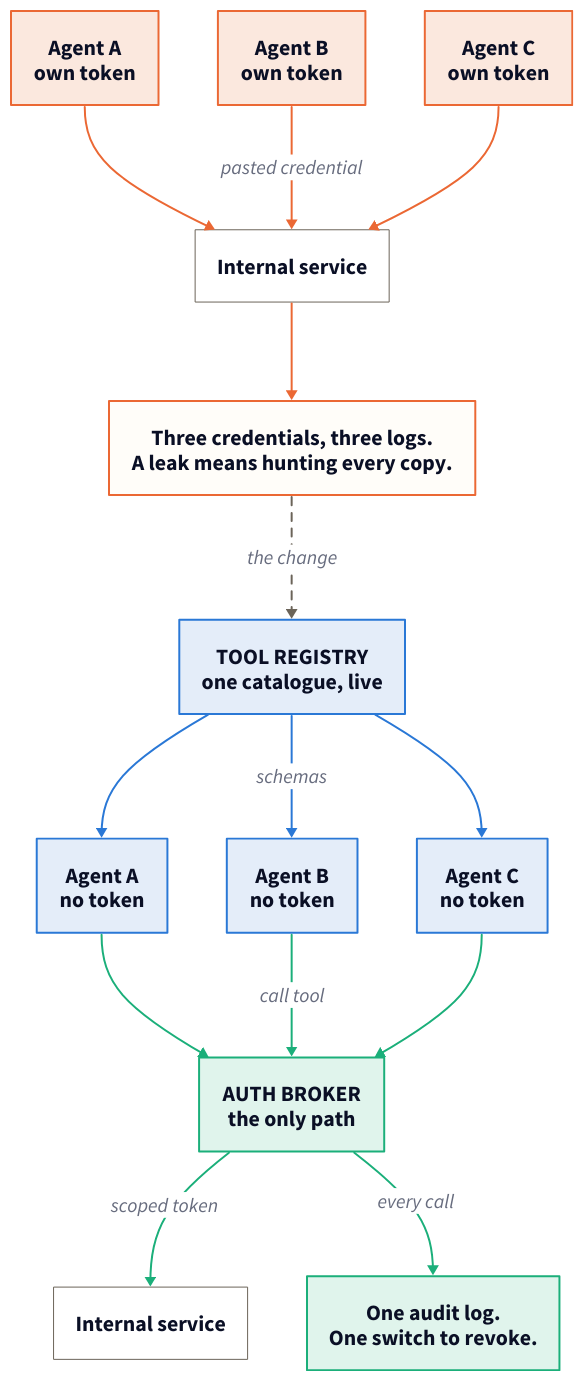
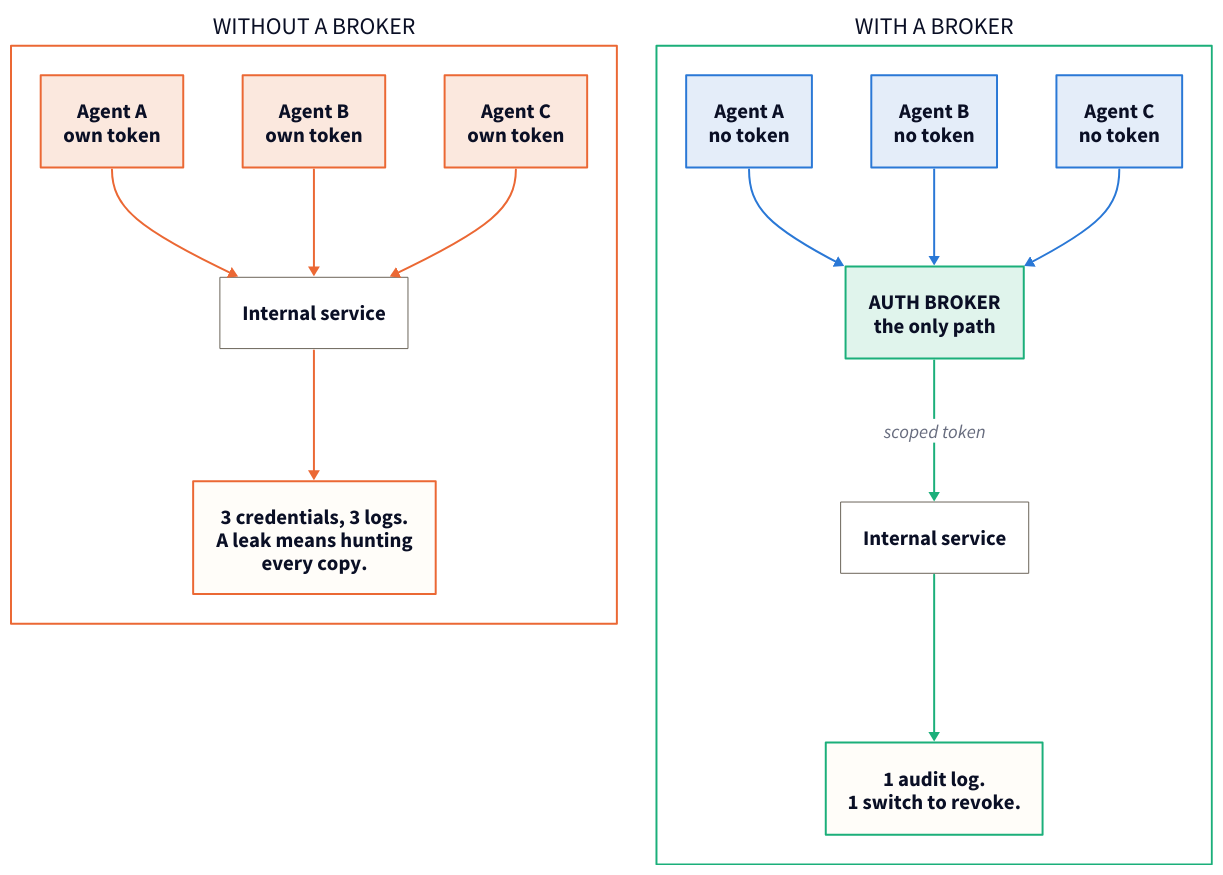
Before and after one commit to ong6/junxiong-notes: the first of 2 diagrams in content/articles/agent-integrations-in-large-orgs.md, drawn with D2. The commit also changed other lines of this file and 42 other files, not shown here.

First line of the commit message:
Size figures properly: break out of the text column, fix diagram proportions

````diff
--- a/content/articles/agent-integrations-in-large-orgs.md
+++ b/content/articles/agent-integrations-in-large-orgs.md
@@ -30,66 +30,33 @@
-```d2 What changes is the number of paths. Above, each agent carries its own credential and reaches the service directly, so there is no place to look and nothing single to switch off. Below, the broker is the only route, which is what makes one audit log and one revocation point possible.
+```d2 What changes is the number of paths. Above, each agent carries its own credential and reaches the service directly, so there is nowhere to look and nothing single to switch off. Below, the broker is the only route, which is what makes one audit log and one revocation point possible.
 direction: down
 
-a1: Agent A\nown token {
-  style: { fill: "#fbe8de"; stroke: "#eb6834"; stroke-width: 2; font-size: 22 }
-}
-a2: Agent B\nown token {
-  style: { fill: "#fbe8de"; stroke: "#eb6834"; stroke-width: 2; font-size: 22 }
-}
-a3: Agent C\nown token {
-  style: { fill: "#fbe8de"; stroke: "#eb6834"; stroke-width: 2; font-size: 22 }
+before: WITHOUT A BROKER {
+  style: { fill: transparent; stroke: "#eb6834"; stroke-width: 2; font-size: 24 }
+  direction: right
+  a1: Agent A\nown token { style: { fill: "#fbe8de"; stroke: "#eb6834"; stroke-width: 2; font-size: 21 } }
+  a2: Agent B\nown token { style: { fill: "#fbe8de"; stroke: "#eb6834"; stroke-width: 2; font-size: 21 } }
+  a3: Agent C\nown token { style: { fill: "#fbe8de"; stroke: "#eb6834"; stroke-width: 2; font-size: 21 } }
+  svc: Internal service { style: { fill: transparent; stroke: "#6b6459"; stroke-width: 1; font-size: 21 } }
+  out: 3 credentials, 3 logs.\nA leak means hunting\nevery copy. { style: { fill: "#fffdf9"; stroke: "#eb6834"; stroke-width: 2; font-size: 21 } }
+  a1 -> svc { style: { stroke: "#eb6834"; stroke-width: 2 } }
+  a2 -> svc { style: { stroke: "#eb6834"; stroke-width: 2 } }
+  a3 -> svc { style: { stroke: "#eb6834"; stroke-width: 2 } }
+  svc -> out { style: { stroke: "#eb6834"; stroke-width: 2 } }
 }
 
-svc1: Internal service {
-  style: { fill: transparent; stroke: "#6b6459"; stroke-width: 1; font-size: 22 }
+after: WITH A BROKER {
+  style: { fill: transparent; stroke: "#1baf7a"; stroke-width: 2; font-size: 24 }
+  direction: right
+  b1: Agent A\nno token { style: { fill: "#e4edf9"; stroke: "#2a78d6"; stroke-width: 2; font-size: 21 } }
+  b2: Agent B\nno token { style: { fill: "#e4edf9"; stroke: "#2a78d6"; stroke-width: 2; font-size: 21 } }
+  b3: Agent C\nno token { style: { fill: "#e4edf9"; stroke: "#2a78d6"; stroke-width: 2; font-size: 21 } }
+  broker: AUTH BROKER\nthe only path { style: { fill: "#e0f4ec"; stroke: "#1baf7a"; stroke-width: 2; font-size: 21 } }
+  svc: Internal service { style: { fill: transparent; stroke: "#6b6459"; stroke-width: 1; font-size: 21 } }
+  out: 1 audit log.\n1 switch to revoke. { style: { fill: "#fffdf9"; stroke: "#1baf7a"; stroke-width: 2; font-size: 21 } }
+  b1 -> broker { style: { stroke: "#2a78d6"; stroke-width: 2 } }
+  b2 -> broker { style: { stroke: "#2a78d6"; stroke-width: 2 } }
+  b3 -> broker { style: { stroke: "#2a78d6"; stroke-width: 2 } }
+  broker -> svc: scoped token { style: { stroke: "#1baf7a"; stroke-width: 2; font-size: 19 } }
+  svc -> out { style: { stroke: "#1baf7a"; stroke-width: 2 } }
 }
-
-pain: Three credentials, three logs.\nA leak means hunting every copy. {
-  style: { fill: "#fffdf9"; stroke: "#eb6834"; stroke-width: 2; font-size: 22 }
-}
-
-a1 -> svc1 { style: { stroke: "#eb6834"; stroke-width: 2 } }
-a2 -> svc1: pasted credential { style: { stroke: "#eb6834"; stroke-width: 2; font-size: 20 } }
-a3 -> svc1 { style: { stroke: "#eb6834"; stroke-width: 2 } }
-svc1 -> pain { style: { stroke: "#eb6834"; stroke-width: 2 } }
-
-reg: TOOL REGISTRY\none catalogue, live {
-  style: { fill: "#e4edf9"; stroke: "#2a78d6"; stroke-width: 2; font-size: 22 }
-}
-
-pain -> reg: the change {
-  style: { stroke: "#6b6459"; stroke-width: 2; stroke-dash: 4; font-size: 20 }
-}
-
-b1: Agent A\nno token {
-  style: { fill: "#e4edf9"; stroke: "#2a78d6"; stroke-width: 2; font-size: 22 }
-}
-b2: Agent B\nno token {
-  style: { fill: "#e4edf9"; stroke: "#2a78d6"; stroke-width: 2; font-size: 22 }
-}
-b3: Agent C\nno token {
-  style: { fill: "#e4edf9"; stroke: "#2a78d6"; stroke-width: 2; font-size: 22 }
-}
-
-reg -> b1 { style: { stroke: "#2a78d6"; stroke-width: 2 } }
-reg -> b2: schemas { style: { stroke: "#2a78d6"; stroke-width: 2; font-size: 20 } }
-reg -> b3 { style: { stroke: "#2a78d6"; stroke-width: 2 } }
-
-broker: AUTH BROKER\nthe only path { 
-  style: { fill: "#e0f4ec"; stroke: "#1baf7a"; stroke-width: 2; font-size: 22 }
-}
-
-b1 -> broker { style: { stroke: "#1baf7a"; stroke-width: 2 } }
-b2 -> broker: call tool { style: { stroke: "#1baf7a"; stroke-width: 2; font-size: 20 } }
-b3 -> broker { style: { stroke: "#1baf7a"; stroke-width: 2 } }
-
-svc2: Internal service {
-  style: { fill: transparent; stroke: "#6b6459"; stroke-width: 1; font-size: 22 }
-}
-audit: One audit log.\nOne switch to revoke. {
-  style: { fill: "#e0f4ec"; stroke: "#1baf7a"; stroke-width: 2; font-size: 22 }
-}
-
-broker -> svc2: scoped token { style: { stroke: "#1baf7a"; stroke-width: 2; font-size: 20 } }
-broker -> audit: every call { style: { stroke: "#1baf7a"; stroke-width: 2; font-size: 20 } }
 ```
````
